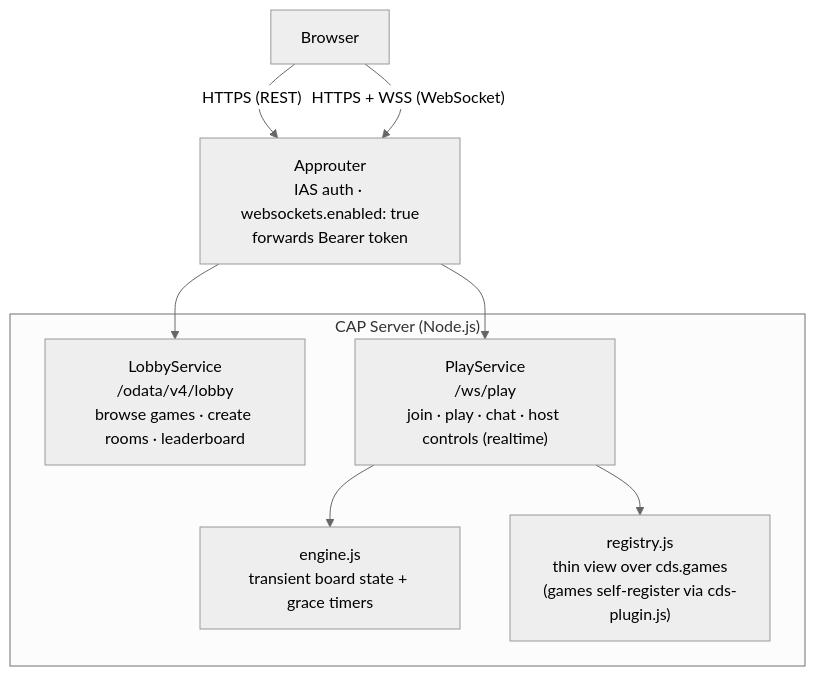
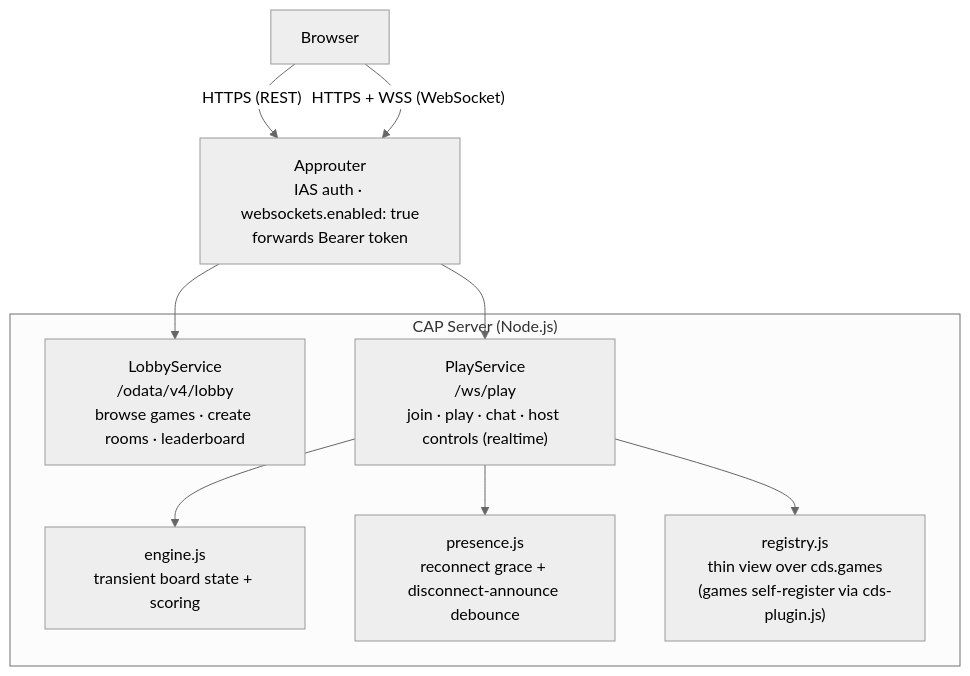
The diagram in AGENTS.md (TruLov/cap-games), drawn with Mermaid (neutral theme) before and after one commit. The commit also changed other lines of this file and 5 other files, not shown here.

First line of the commit message:
refactor(srv): extract presence module from engine.js's reconnect timers

````diff
--- a/AGENTS.md
+++ b/AGENTS.md
@@ -42,19 +42,21 @@
 ```mermaid
 flowchart TB
     Browser["Browser"]
     Approuter["Approuter<br/>IAS auth · websockets.enabled: true<br/>forwards Bearer token"]
 
     subgraph CAP["CAP Server (Node.js)"]
         Lobby["LobbyService<br/>/odata/v4/lobby<br/>browse games · create rooms · leaderboard"]
         Play["PlayService<br/>/ws/play<br/>join · play · chat · host controls (realtime)"]
-        Engine["engine.js<br/>transient board state + grace timers"]
+        Engine["engine.js<br/>transient board state + scoring"]
+        Presence["presence.js<br/>reconnect grace + disconnect-announce debounce"]
         Registry["registry.js<br/>thin view over cds.games<br/>(games self-register via cds-plugin.js)"]
     end
 
     Browser -- "HTTPS (REST)" --> Approuter
     Browser -- "HTTPS + WSS (WebSocket)" --> Approuter
     Approuter --> Lobby
     Approuter --> Play
     Play --> Engine
+    Play --> Presence
     Play --> Registry
 ```
````
